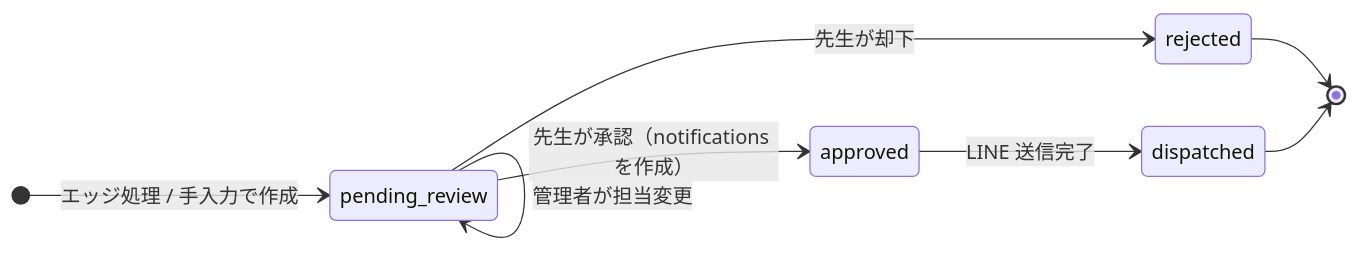
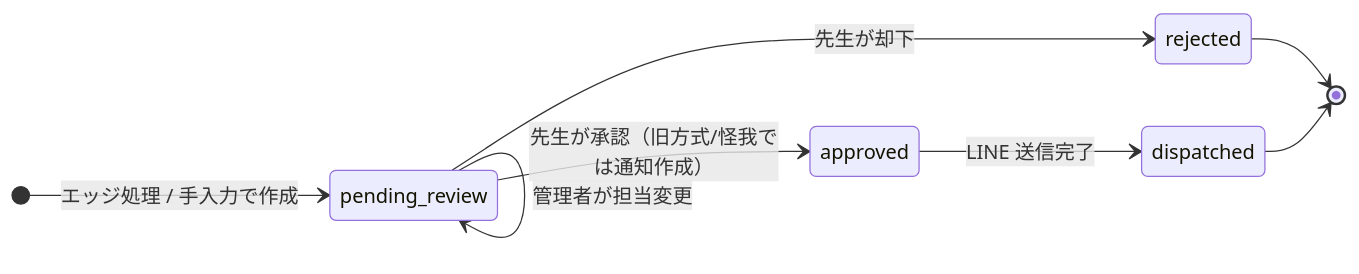
The second of 2 diagrams in docs/architecture/data-model.md (fuji0567/small-step), drawn with Mermaid before and after one commit. The commit also changed other lines of this file and 31 other files, not shown here.

````diff
--- a/docs/architecture/data-model.md
+++ b/docs/architecture/data-model.md
@@ -86,11 +98,11 @@
 ```mermaid
 stateDiagram-v2
     direction LR
     [*] --> pending_review: エッジ処理 / 手入力で作成
     pending_review --> pending_review: 管理者が担当変更
-    pending_review --> approved: 先生が承認（notifications を作成）
+    pending_review --> approved: 先生が承認（旧方式/怪我では通知作成）
     pending_review --> rejected: 先生が却下
     approved --> dispatched: LINE 送信完了
     rejected --> [*]
     dispatched --> [*]
 ```
````
